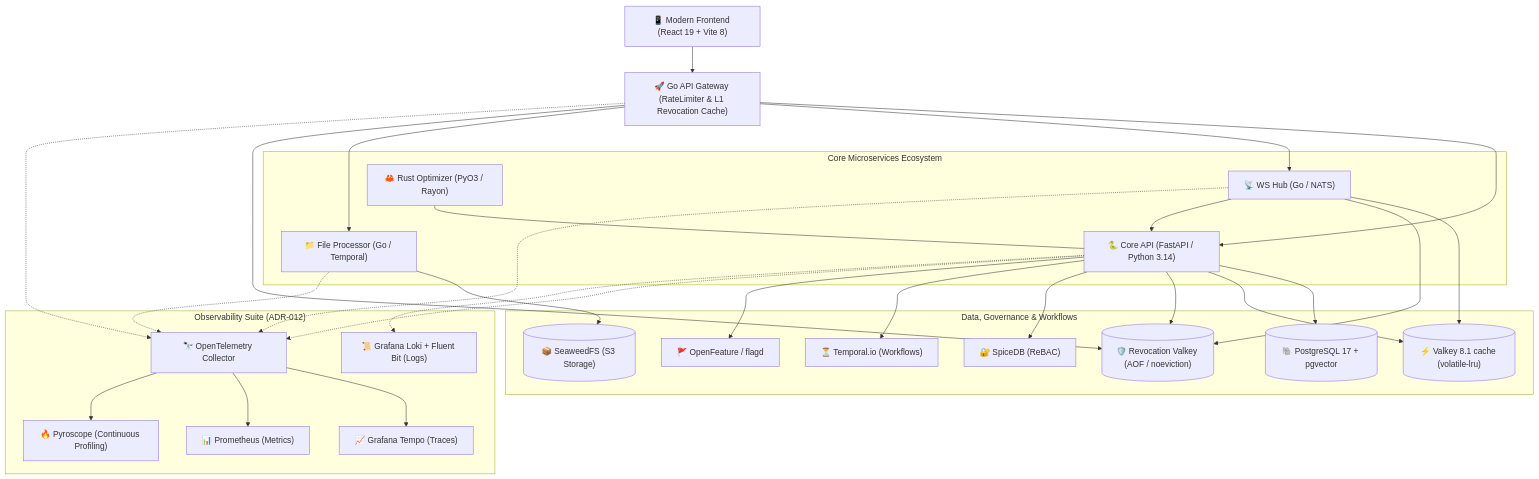
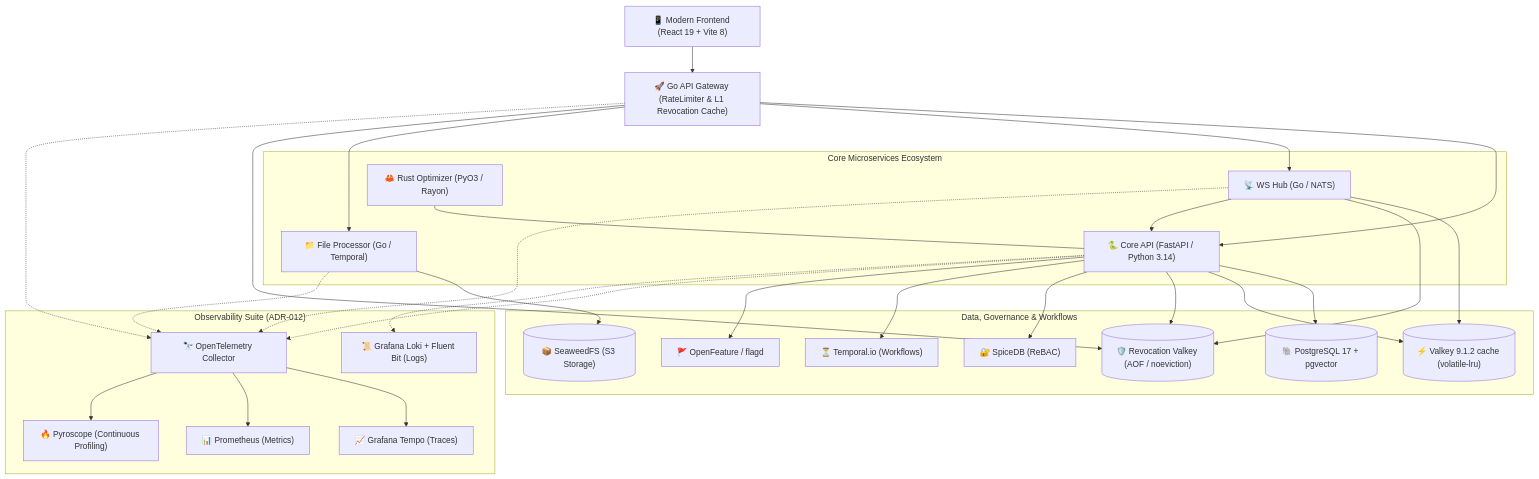
Before and after one commit to egorribun/university_ecosystem: the first of 3 diagrams in README.md, drawn with Mermaid. The commit also changed other lines of this file and 4 other files, not shown here.

````diff
--- a/README.md
+++ b/README.md
@@ -90,59 +94,59 @@
 ```mermaid
 graph TD
     Client["📱 Modern Frontend (React 19 + Vite 8)"]
     Gateway["🚀 Go API Gateway (RateLimiter & L1 Revocation Cache)"]
 
     subgraph "Core Microservices Ecosystem"
         Backend["🐍 Core API (FastAPI / Python 3.14)"]
         WSHub["📡 WS Hub (Go / NATS)"]
         FileProc["📁 File Processor (Go / Temporal)"]
         Optimizer["🦀 Rust Optimizer (PyO3 / Rayon)"]
     end
 
     subgraph "Data, Governance & Workflows"
         Postgres[("🐘 PostgreSQL 17 + pgvector")]
-        Valkey[("⚡ Valkey 8.1 cache (volatile-lru)")]
+        Valkey[("⚡ Valkey 9.1.2 cache (volatile-lru)")]
         Revocations[("🛡️ Revocation Valkey (AOF / noeviction)")]
         MinIO[("📦 SeaweedFS (S3 Storage)")]
         Temporal["⏳ Temporal.io (Workflows)"]
         SpiceDB["🔐 SpiceDB (ReBAC)"]
         Flagd["🚩 OpenFeature / flagd"]
     end
 
     subgraph "Observability Suite (ADR-012)"
         OTEL["🔭 OpenTelemetry Collector"]
         Tempo["📈 Grafana Tempo (Traces)"]
         Prometheus["📊 Prometheus (Metrics)"]
         Pyroscope["🔥 Pyroscope (Continuous Profiling)"]
         Loki["📜 Grafana Loki + Fluent Bit (Logs)"]
     end
 
     Client --> Gateway
     Gateway --> Backend
     Gateway --> WSHub
     Gateway --> FileProc
 
     Backend --> Postgres
     Backend --> Valkey
     Backend --> Revocations
     Backend --> SpiceDB
     Backend --> Temporal
     Backend --> Flagd
 
     WSHub --> Valkey
     WSHub --> Revocations
     Gateway --> Revocations
     WSHub --> Backend
     FileProc --> MinIO
     Optimizer --- Backend
 
     Backend -.-> OTEL
     Gateway -.-> OTEL
     WSHub -.-> OTEL
     FileProc -.-> OTEL
 
     OTEL --> Tempo
     OTEL --> Prometheus
     OTEL --> Pyroscope
     Backend -.-> Loki
 ```
````
